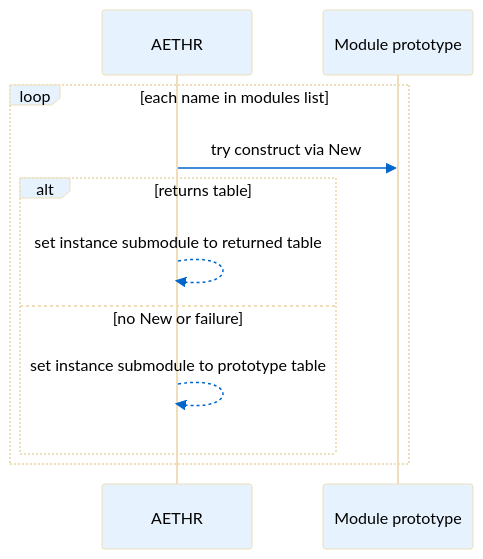
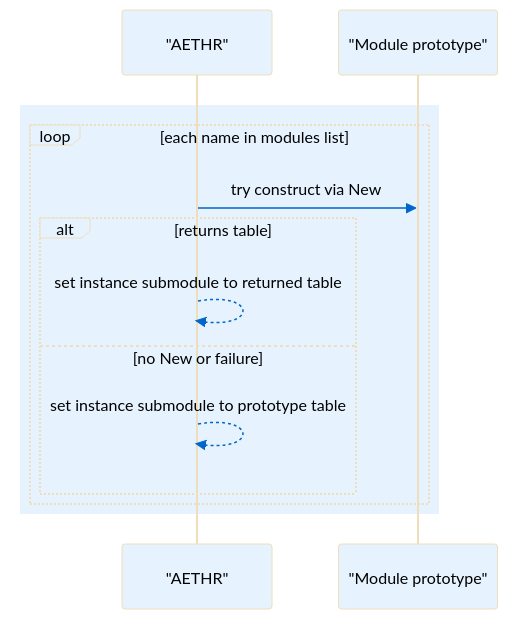
One commit to Gh0st352/AETHR changed the second of 3 diagrams in docs/aethr/modules_wiring.md. Above: the diagram before and after it, drawn with Mermaid. The commit also changed other lines of this file and 6 other files, not shown here.

First line of the commit message:
Refactor documentation with enhanced flowcharts and sequence diagrams

````diff
--- a/docs/aethr/modules_wiring.md
+++ b/docs/aethr/modules_wiring.md
@@ -40,14 +67,19 @@
 ```mermaid
-%%{init: {"theme":"base","themeVariables":{"actorBkg":"#e6f3ff","actorTextColor":"#000","lineColor":"#495057","signalColor":"#0066cc","signalTextColor":"#000","fontSize":"14px"}}}%%
+%%{init: {"theme":"base","themeVariables":{"actorBkg":"#e6f3ff","actorTextColor":"#000","lineColor":"#495057","signalColor":"#0066cc","signalTextColor":"#000000ff","textColor":"#000000ff","fontSize":"14px"}}}%%
 sequenceDiagram
-  participant A as AETHR
-  participant Mod as Module prototype
-  loop each name in modules list
-    A->>Mod: try construct via New
-    alt returns table
-      A-->>A: set instance submodule to returned table
-    else no New or failure
-      A-->>A: set instance submodule to prototype table
+  participant A as "AETHR"
+  participant Mod as "Module prototype"
+
+  rect rgba(255,255,255,0.75)
+    rect rgb(230,243,255)
+      loop each name in modules list
+        A->>Mod: try construct via New
+        alt returns table
+          A-->>A: set instance submodule to returned table
+        else no New or failure
+          A-->>A: set instance submodule to prototype table
+        end
+      end
     end
   end
 ```
````
